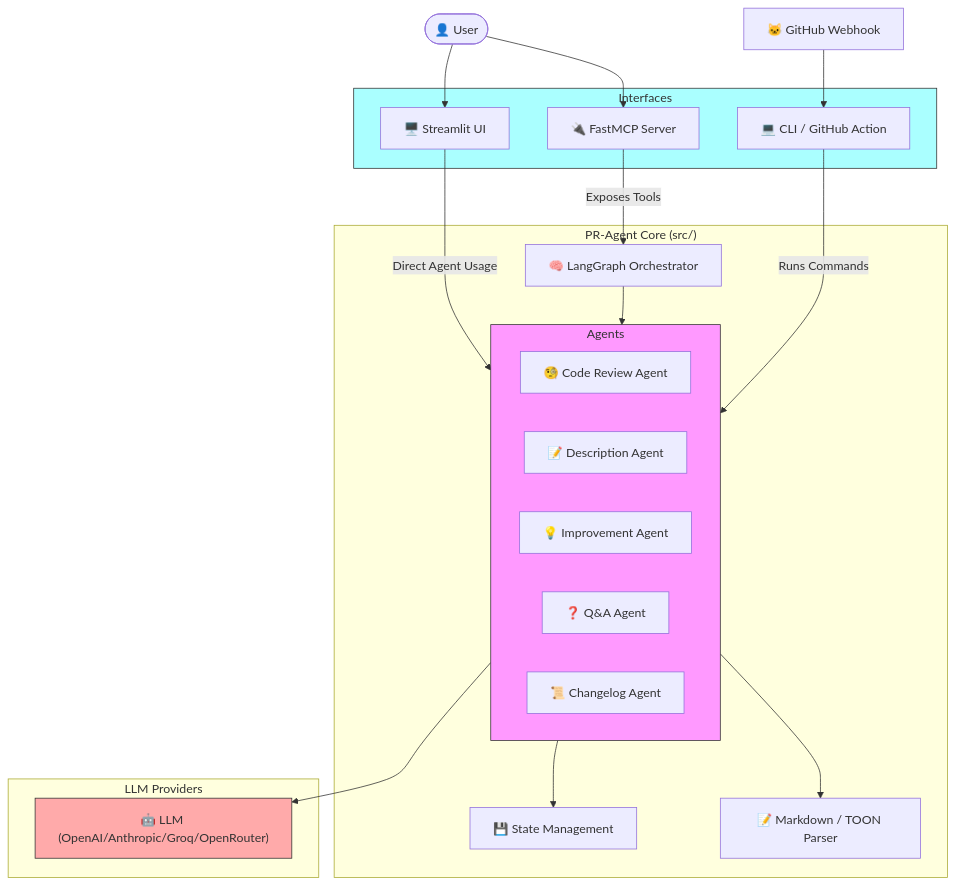
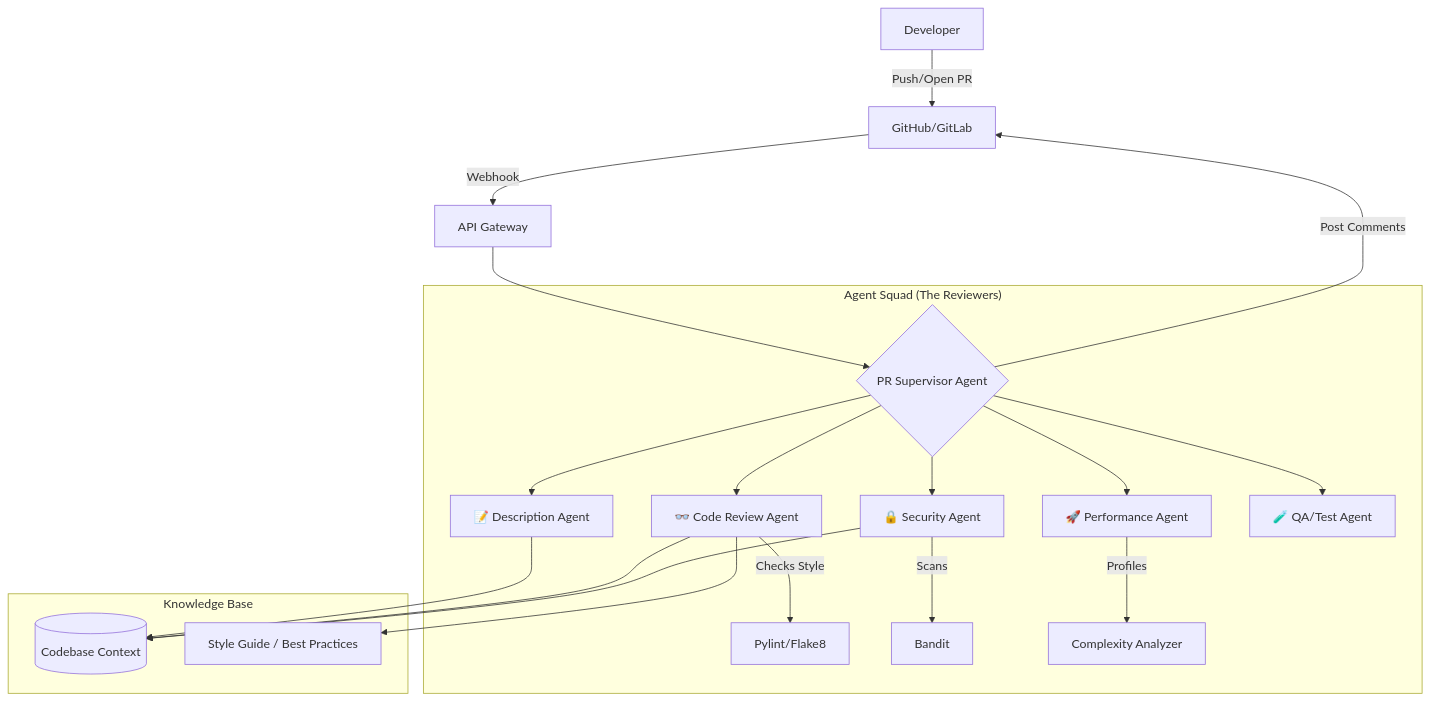
One commit to pankajshakya627/PR-AGENT changed the diagram in README.md. Above: the diagram before and after it, drawn with Mermaid. The commit also changed other lines of this file and 7 other files, not shown here.

Commit message:
feat: implement specialized agents (Security, Performance, Test) and integrate external tools (pylint, bandit)

````diff
--- a/README.md
+++ b/README.md
@@ -7,46 +7,29 @@
 ```mermaid
-graph TD
-    User([👤 User])
-    GH[🐱 GitHub Webhook]
+graph TB
+    Developer[Developer] -->|Push/Open PR| GitHub[GitHub/GitLab]
+    GitHub -->|Webhook| Gateway[API Gateway]
 
-    subgraph Interfaces
-        UI[🖥️ Streamlit UI]
-        MCP[🔌 FastMCP Server]
-        CLI[💻 CLI / GitHub Action]
+    Gateway --> Orchestrator{PR Supervisor Agent}
+
+    subgraph "Agent Squad (The Reviewers)"
+        Orchestrator --> DescAgent[📝 Description Agent]
+        Orchestrator --> ReviewAgent[👓 Code Review Agent]
+        Orchestrator --> SecAgent[🔒 Security Agent]
+        Orchestrator --> PerfAgent[🚀 Performance Agent]
+        Orchestrator --> TestAgent[🧪 QA/Test Agent]
+
+        ReviewAgent --Checks Style--> Linter[Pylint/Flake8]
+        SecAgent --Scans--> SAST[Bandit]
+        PerfAgent --Profiles--> Profiler[Complexity Analyzer]
     end
 
-    subgraph "PR-Agent Core (src/)"
-        Orchestrator[🧠 LangGraph Orchestrator]
-        State[💾 State Management]
-        MD[📝 Markdown / TOON Parser]
-
-        subgraph Agents
-            CR[🧐 Code Review Agent]
-            DESC[📝 Description Agent]
-            IMP[💡 Improvement Agent]
-            QA[❓ Q&A Agent]
-            CL[📜 Changelog Agent]
-        end
+    subgraph "Knowledge Base"
+        VectorDB[(Codebase Context)]
+        Rules[Style Guide / Best Practices]
     end
 
-    subgraph "LLM Providers"
-        LLM["🤖 LLM (OpenAI/Anthropic/Groq/OpenRouter)"]
-    end
+    DescAgent & ReviewAgent & SecAgent --> VectorDB
+    ReviewAgent --> Rules
 
-    User --> UI
-    User --> MCP
-    GH --> CLI
-
-    UI -- Direct Agent Usage --> Agents
-    MCP -- Exposes Tools --> Orchestrator
-    CLI -- Runs Commands --> Agents
-
-    Orchestrator --> Agents
-    Agents --> LLM
-    Agents --> State
-    Agents --> MD
-
-    style Agents fill:#f9f,stroke:#333
-    style Interfaces fill:#aff,stroke:#333
-    style LLM fill:#faa,stroke:#333
+    Orchestrator -->|Post Comments| GitHub
 ```
````
